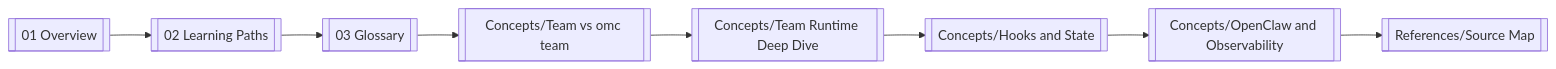
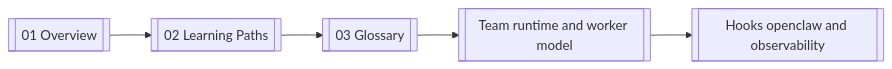
Before and after one commit to terry3838/oh-my-claudecode-guide: the diagram in obsidian/oh-my-claudecode Guide/oh-my-claudecode Guide - MOC.md, drawn with Mermaid. The commit also changed other lines of this file and 12 other files, not shown here.

````diff
--- a/obsidian/oh-my-claudecode Guide/oh-my-claudecode Guide - MOC.md
+++ b/obsidian/oh-my-claudecode Guide/oh-my-claudecode Guide - MOC.md
@@ -36,10 +25,12 @@
 ```mermaid
 flowchart LR
-    A[[01 Overview]] --> B[[02 Learning Paths]]
-    B --> C[[03 Glossary]]
-    C --> D[[Concepts/Team vs omc team]]
-    D --> E[[Concepts/Team Runtime Deep Dive]]
-    E --> F[[Concepts/Hooks and State]]
-    F --> G[[Concepts/OpenClaw and Observability]]
-    G --> H[[References/Source Map]]
+    N1[[01 Overview]]
+    N2[[02 Learning Paths]]
+    N1 --> N2
+    N3[[03 Glossary]]
+    N2 --> N3
+    N4[[Team runtime and worker model]]
+    N3 --> N4
+    N5[[Hooks openclaw and observability]]
+    N4 --> N5
 ```
````
